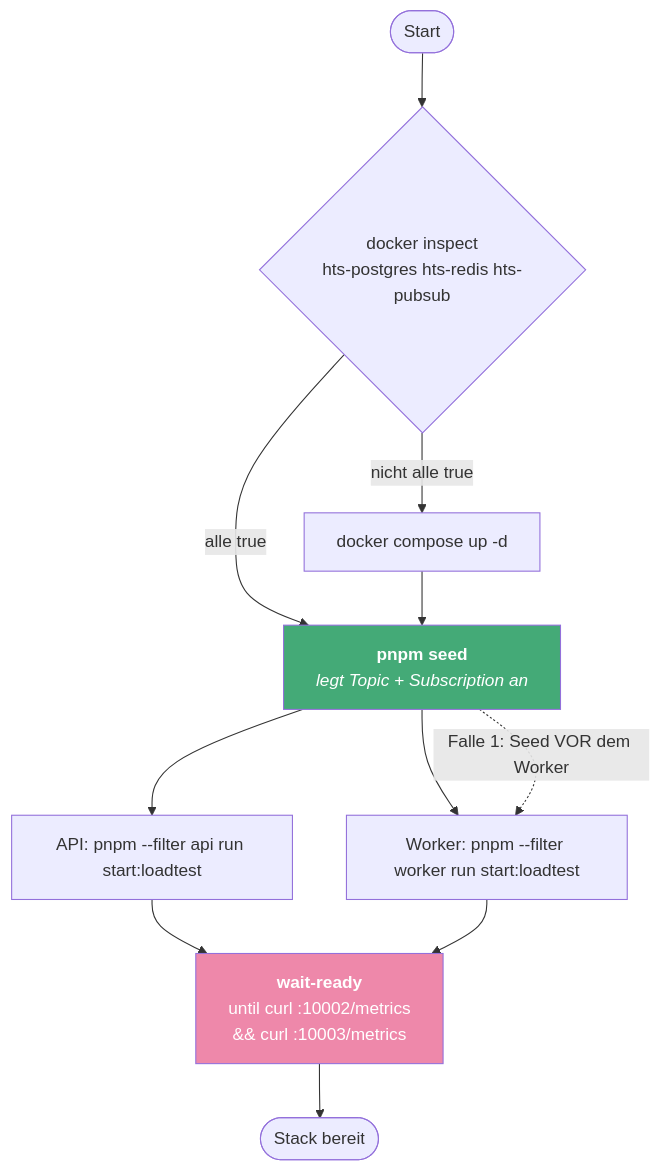
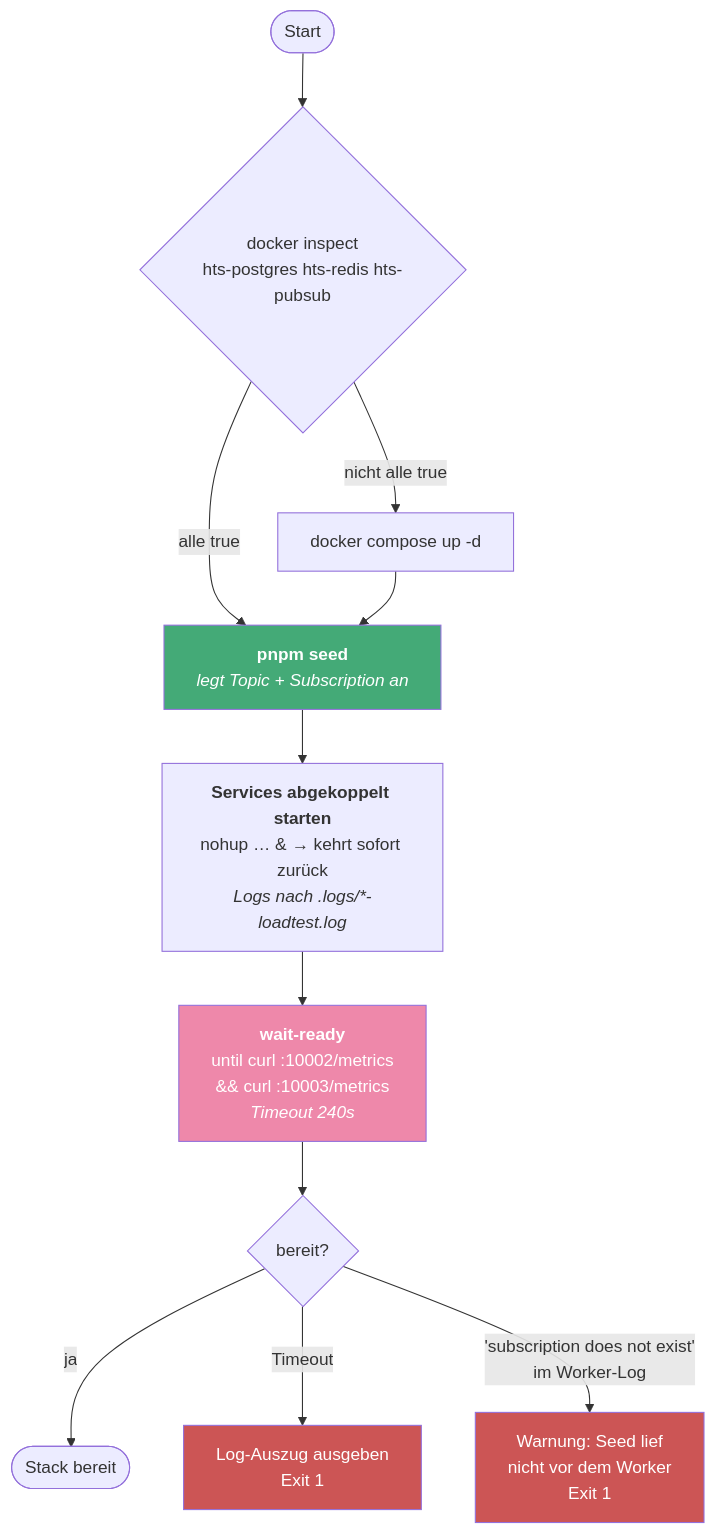
The third of 10 diagrams in RUNBOOK.md (schuler-ph/high-frequency-ticket-system), drawn with Mermaid before and after one commit. The commit also changed other lines of this file and 2 other files, not shown here.

````diff
--- a/RUNBOOK.md
+++ b/RUNBOOK.md
@@ -73,17 +73,18 @@
 ```mermaid
 flowchart TD
     A([Start]) --> B{"docker inspect<br/>hts-postgres hts-redis hts-pubsub"}
     B -->|nicht alle true| C["docker compose up -d"]
     B -->|alle true| D
     C --> D["<b>pnpm seed</b><br/><i>legt Topic + Subscription an</i>"]
-    D --> E["API: pnpm --filter api run start:loadtest"]
-    D --> F["Worker: pnpm --filter worker run start:loadtest"]
-    E --> G["<b>wait-ready</b><br/>until curl :10002/metrics<br/>&& curl :10003/metrics"]
-    F --> G
-    G --> H(["Stack bereit"])
-
-    D -.->|"Falle 1: Seed VOR dem Worker"| F
+    D --> E["<b>Services abgekoppelt starten</b><br/>nohup … &amp; → kehrt sofort zurück<br/><i>Logs nach .logs/*-loadtest.log</i>"]
+    E --> F["<b>wait-ready</b><br/>until curl :10002/metrics<br/>&amp;&amp; curl :10003/metrics<br/><i>Timeout 240s</i>"]
+    F --> G{bereit?}
+    G -->|ja| H(["Stack bereit"])
+    G -->|"Timeout"| I["Log-Auszug ausgeben<br/>Exit 1"]
+    G -->|"'subscription does not exist'<br/>im Worker-Log"| J["Warnung: Seed lief<br/>nicht vor dem Worker<br/>Exit 1"]
 
     style D fill:#4a7,color:#fff
-    style G fill:#e8a,color:#fff
+    style F fill:#e8a,color:#fff
+    style I fill:#c55,color:#fff
+    style J fill:#c55,color:#fff
 ```
````
